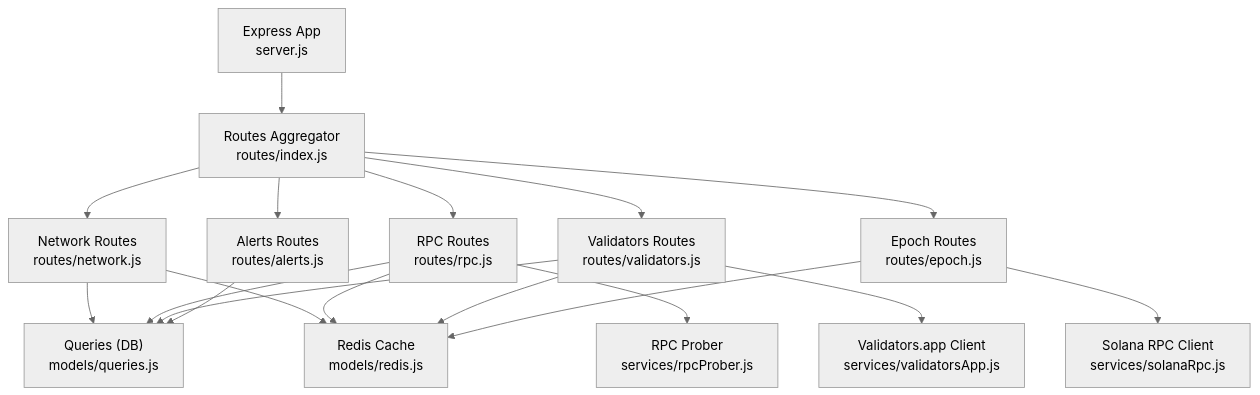
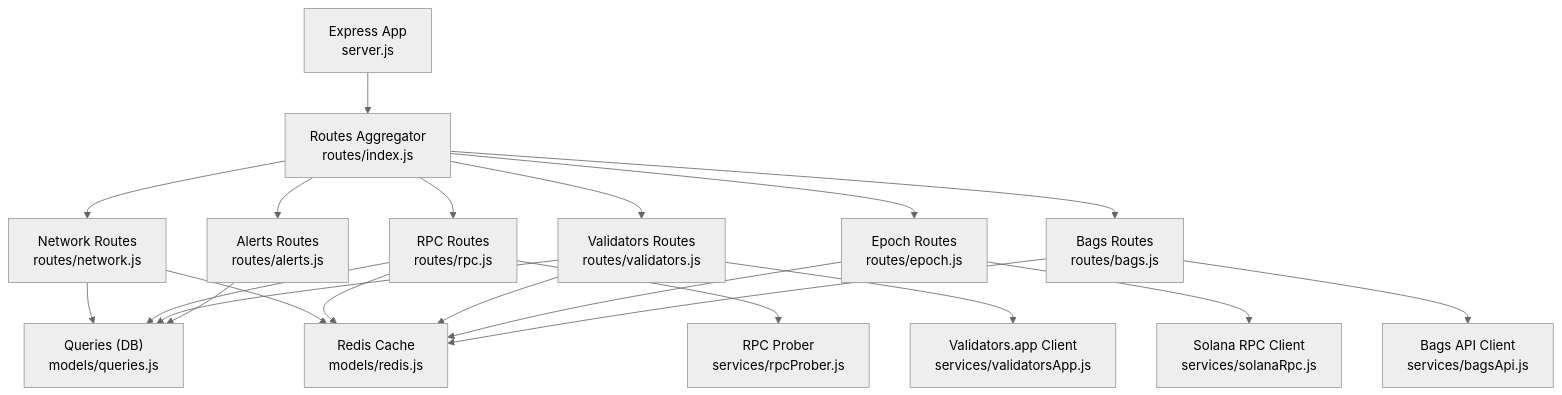
Before and after one commit to RunTimeAdmin/InfraWatch: the first of 7 diagrams in .qoder/repowiki/en/content/Backend Architecture/Routing System/Routing System.md, drawn with Mermaid (neutral theme). The commit also changed other lines of this file and 12 other files, not shown here.

Commit message:
fix: add Math.round() to RPC prober latency calculations to prevent floating point display artifacts

````diff
--- a/.qoder/repowiki/en/content/Backend Architecture/Routing System/Routing System.md
+++ b/.qoder/repowiki/en/content/Backend Architecture/Routing System/Routing System.md
@@ -40,20 +51,23 @@
 ```mermaid
 graph TB
 A["Express App<br/>server.js"] --> B["Routes Aggregator<br/>routes/index.js"]
 B --> C["Network Routes<br/>routes/network.js"]
 B --> D["RPC Routes<br/>routes/rpc.js"]
 B --> E["Validators Routes<br/>routes/validators.js"]
 B --> F["Epoch Routes<br/>routes/epoch.js"]
 B --> G["Alerts Routes<br/>routes/alerts.js"]
-C --> H["Queries (DB)<br/>models/queries.js"]
-C --> I["Redis Cache<br/>models/redis.js"]
-D --> H
+B --> H["Bags Routes<br/>routes/bags.js"]
+C --> I["Queries (DB)<br/>models/queries.js"]
+C --> J["Redis Cache<br/>models/redis.js"]
 D --> I
-D --> J["RPC Prober<br/>services/rpcProber.js"]
-E --> H
+D --> J
+D --> K["RPC Prober<br/>services/rpcProber.js"]
 E --> I
-E --> K["Validators.app Client<br/>services/validatorsApp.js"]
-F --> I
-F --> L["Solana RPC Client<br/>services/solanaRpc.js"]
-G --> H
+E --> J
+E --> L["Validators.app Client<br/>services/validatorsApp.js"]
+F --> J
+F --> M["Solana RPC Client<br/>services/solanaRpc.js"]
+G --> I
+H --> N["Bags API Client<br/>services/bagsApi.js"]
+H --> J
 ```
````
